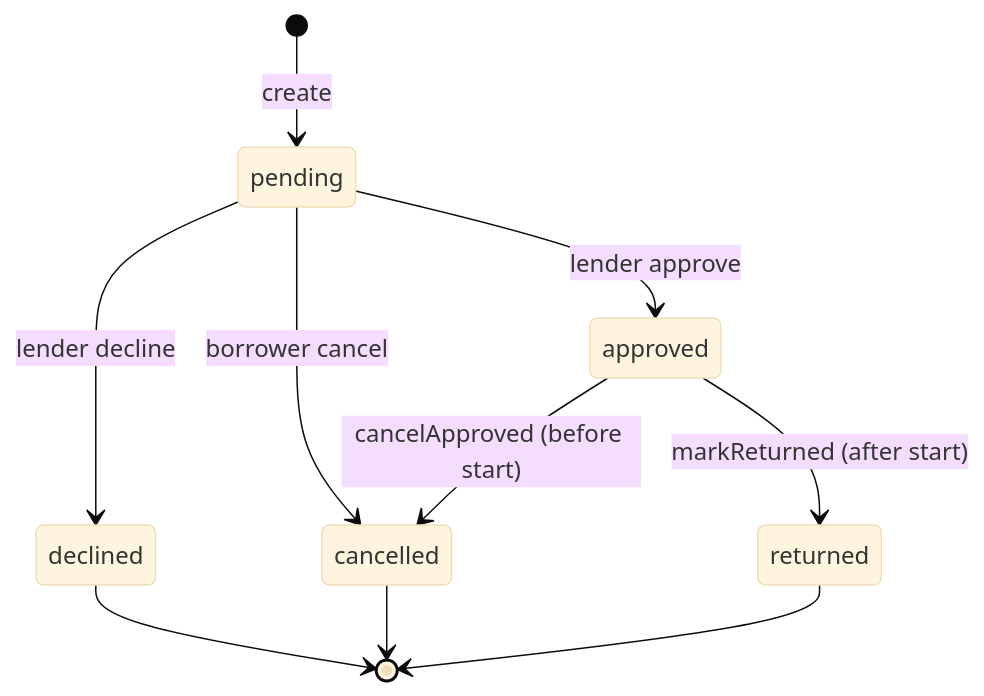
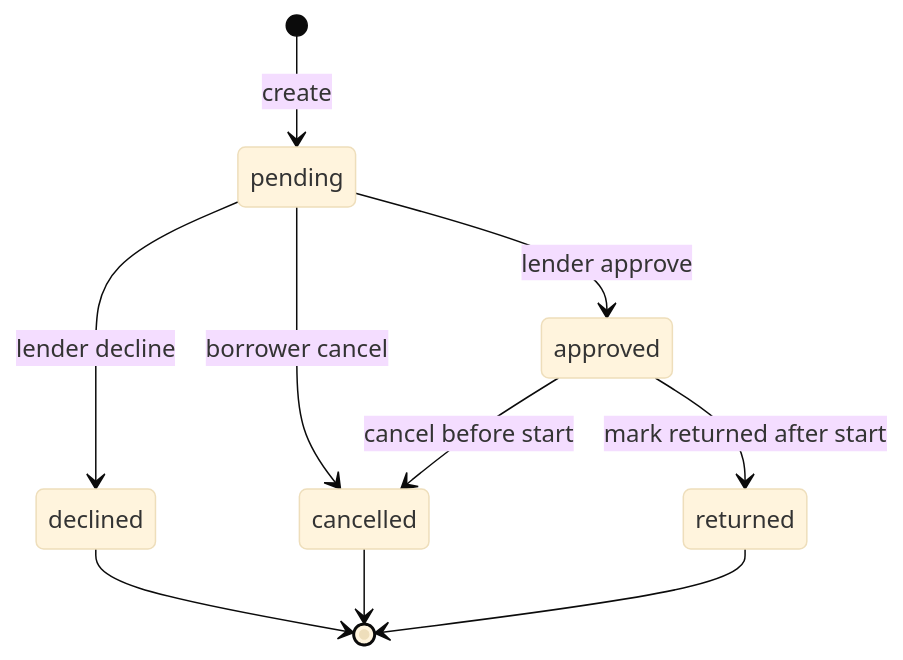
One commit to luka-matic01/lendloop changed the first of 2 diagrams in README.md. Above: the diagram before and after it, drawn with Mermaid (base theme). The commit also changed other lines of this file and 10 other files, not shown here.

````diff
--- a/README.md
+++ b/README.md
@@ -35,13 +37,13 @@
 ```mermaid
 stateDiagram-v2
   direction TB
   [*] --> pending: create
   pending --> approved: lender approve
   pending --> declined: lender decline
   pending --> cancelled: borrower cancel
-  approved --> cancelled: cancelApproved (before start)
-  approved --> returned: markReturned (after start)
+  approved --> cancelled: cancel before start
+  approved --> returned: mark returned after start
   declined --> [*]
   cancelled --> [*]
   returned --> [*]
 ```
````
